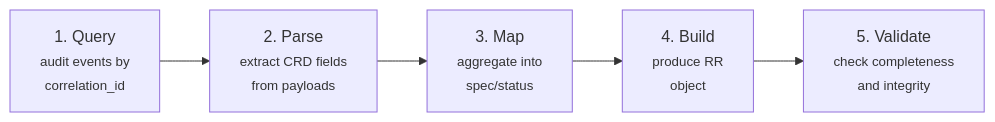
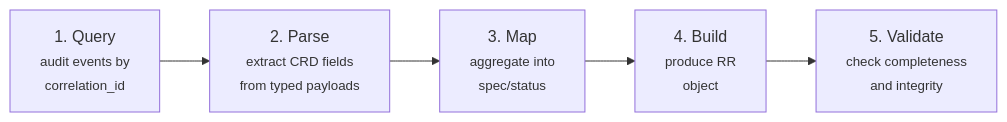
Before and after one commit to jordigilh/kubernaut-docs: the second of 3 diagrams in docs/architecture/data-persistence.md, drawn with Mermaid. The commit also changed other lines of this file and 12 other files, not shown here.

First line of the commit message:
docs: expand architecture pages with per-service deep dives

````diff
--- a/docs/architecture/data-persistence.md
+++ b/docs/architecture/data-persistence.md
@@ -98,9 +165,9 @@
 ```mermaid
 graph LR
     Q["1. Query<br/><small>audit events by<br/>correlation_id</small>"]
-    P["2. Parse<br/><small>extract CRD fields<br/>from payloads</small>"]
+    P["2. Parse<br/><small>extract CRD fields<br/>from typed payloads</small>"]
     M["3. Map<br/><small>aggregate into<br/>spec/status</small>"]
     B["4. Build<br/><small>produce RR<br/>object</small>"]
     V["5. Validate<br/><small>check completeness<br/>and integrity</small>"]
     Q --> P --> M --> B --> V
 ```
````
